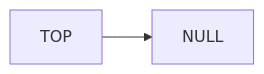
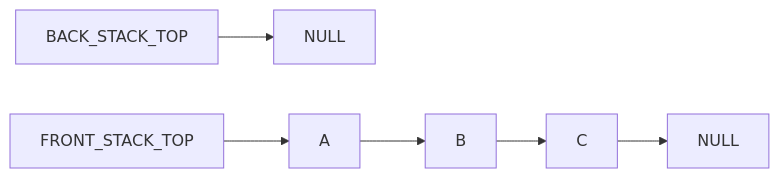
One commit to rmccrear/data-structures-and-algorithms changed the third of 13 diagrams in javascript/code-challenges/stack-queue-pseudo/README.md. Above: the diagram before and after it, drawn with Mermaid. The commit also changed other lines of this file and 1 other file, not shown here.

````diff
--- a/javascript/code-challenges/stack-queue-pseudo/README.md
+++ b/javascript/code-challenges/stack-queue-pseudo/README.md
@@ -16,4 +38,7 @@
 ```mermaid
     graph LR
-    TOP-->NULL
+
+    BACK_STACK_TOP  --> BTAIL[NULL]
+    FRONT_STACK_TOP  --> A --> B--> C--> FTAIL[NULL]
+
 ```
````
